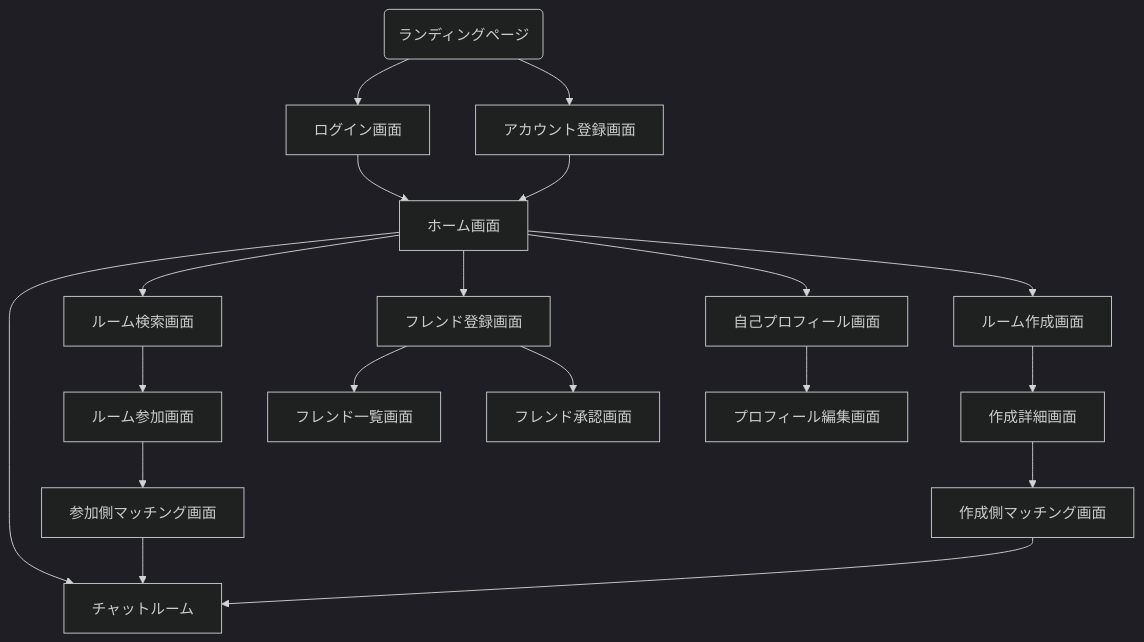
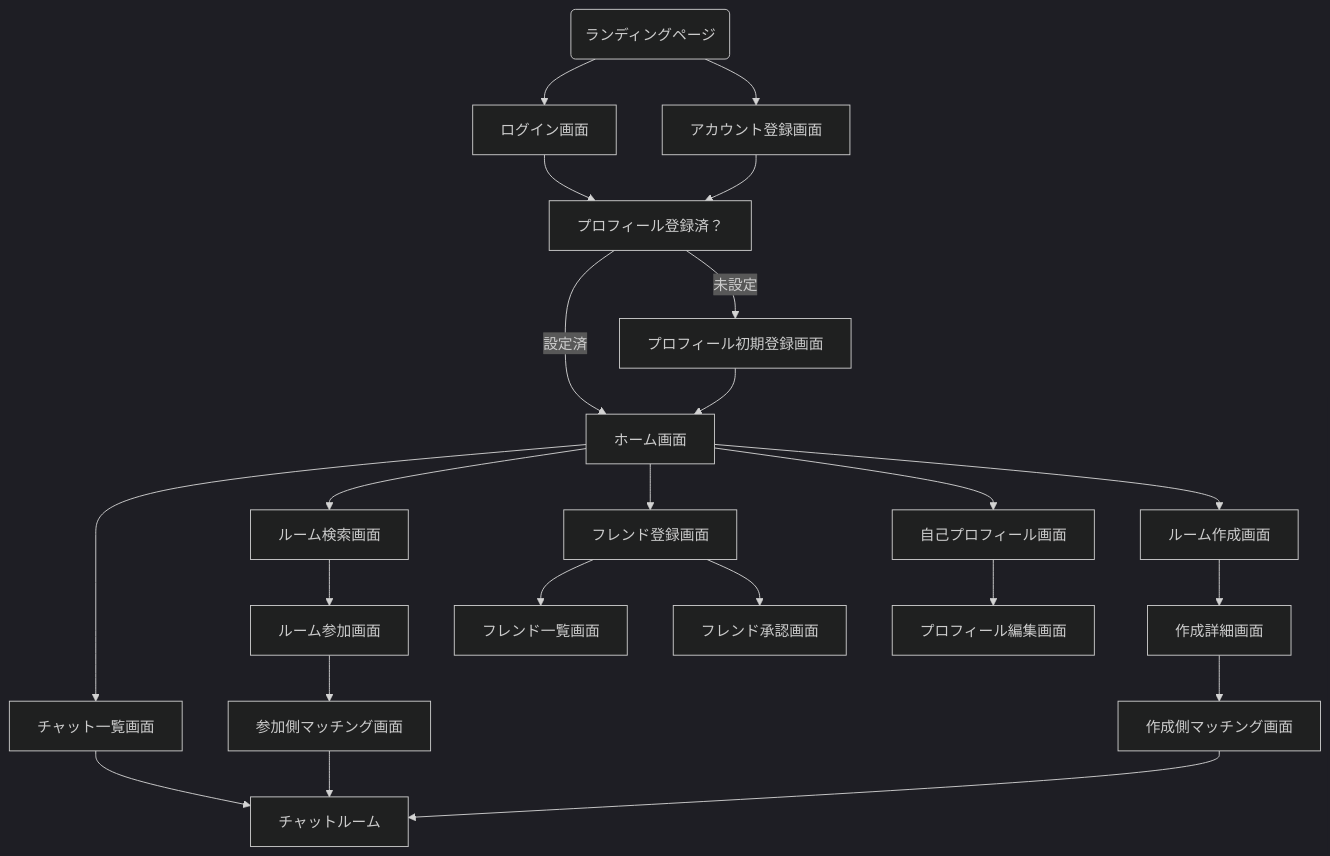
One commit to junhat6/usj-documents changed the first of 2 diagrams in ui/screen_flow.md. Above: the diagram before and after it, drawn with Mermaid (dark theme). The commit also changed other lines of this file and 1 other file, not shown here.

Commit message:
vault backup: 2025-07-16 21:42:11

````diff
--- a/ui/screen_flow.md
+++ b/ui/screen_flow.md
@@ -12,21 +12,35 @@
 ```mermaid
 graph TD
-	LP(ランディングページ) --> ログイン画面
-	LP --> アカウント登録画面
-	ログイン画面 --> ホーム画面
-	アカウント登録画面 --> ホーム画面
-	ホーム画面 --> ルーム検索画面
-	ホーム画面 --> ルーム作成画面
-	ホーム画面 --> チャットルーム
-	ホーム画面 --> フレンド登録画面
-	ホーム画面 --> 自己プロフィール画面
-	ルーム検索画面 --> ルーム参加画面
-	ルーム参加画面 --> 参加側マッチング画面
-	参加側マッチング画面 --> チャットルーム
-	ルーム作成画面 --> 作成詳細画面
-	作成詳細画面 --> 作成側マッチング画面
-	作成側マッチング画面 --> チャットルーム
-	フレンド登録画面 --> フレンド一覧画面
-	フレンド登録画面 --> フレンド承認画面
-	自己プロフィール画面 --> プロフィール編集画面
+  LP(ランディングページ) --> ログイン画面
+  LP --> アカウント登録画面
+
+  ログイン画面 --> 認証後判定[プロフィール登録済？]
+  アカウント登録画面 --> 認証後判定
+
+  認証後判定 -->|未設定| プロフィール初期登録画面
+  認証後判定 -->|設定済| ホーム画面
+
+  プロフィール初期登録画面 --> ホーム画面
+
+  ホーム画面 --> ルーム検索画面
+  ホーム画面 --> ルーム作成画面
+  ホーム画面 --> チャット一覧画面
+  ホーム画面 --> フレンド登録画面
+  ホーム画面 --> 自己プロフィール画面
+
+  チャット一覧画面 --> チャットルーム
+
+  ルーム検索画面 --> ルーム参加画面
+  ルーム参加画面 --> 参加側マッチング画面
+  参加側マッチング画面 --> チャットルーム
+
+  ルーム作成画面 --> 作成詳細画面
+  作成詳細画面 --> 作成側マッチング画面
+  作成側マッチング画面 --> チャットルーム
+
+  フレンド登録画面 --> フレンド一覧画面
+  フレンド登録画面 --> フレンド承認画面
+
+  自己プロフィール画面 --> プロフィール編集画面
+
 ```
````
